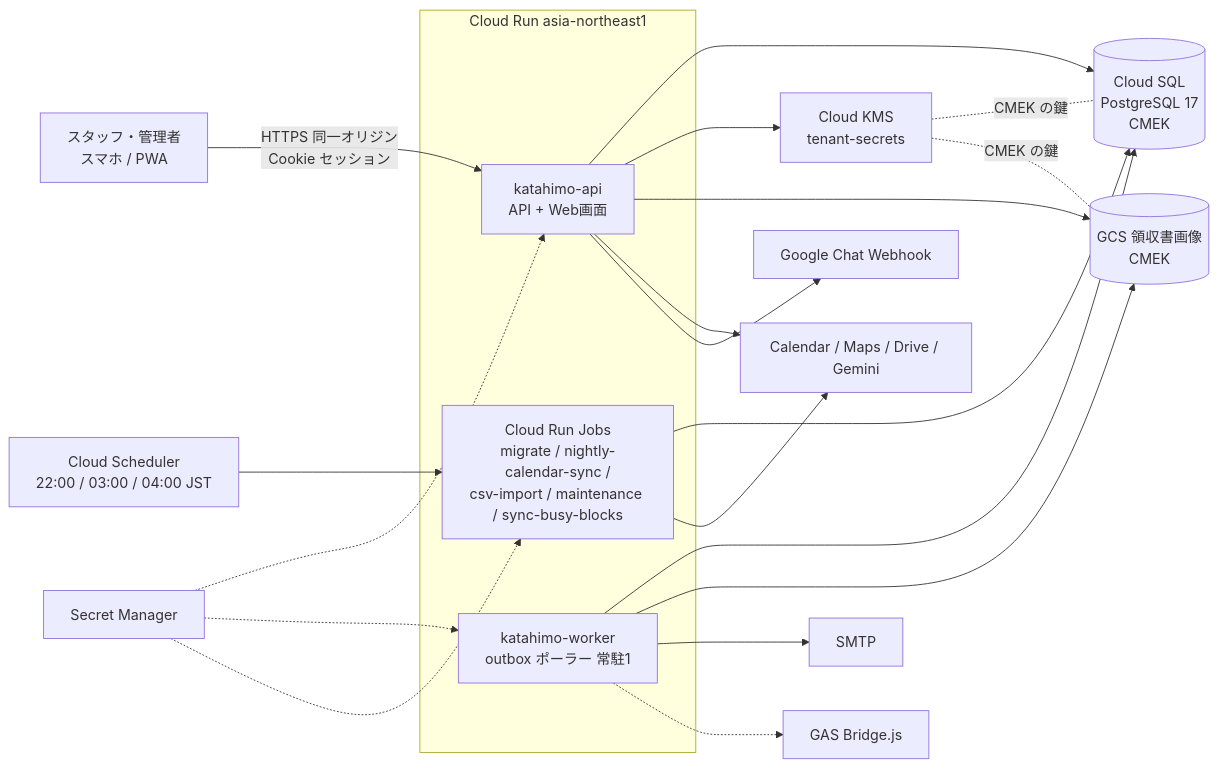
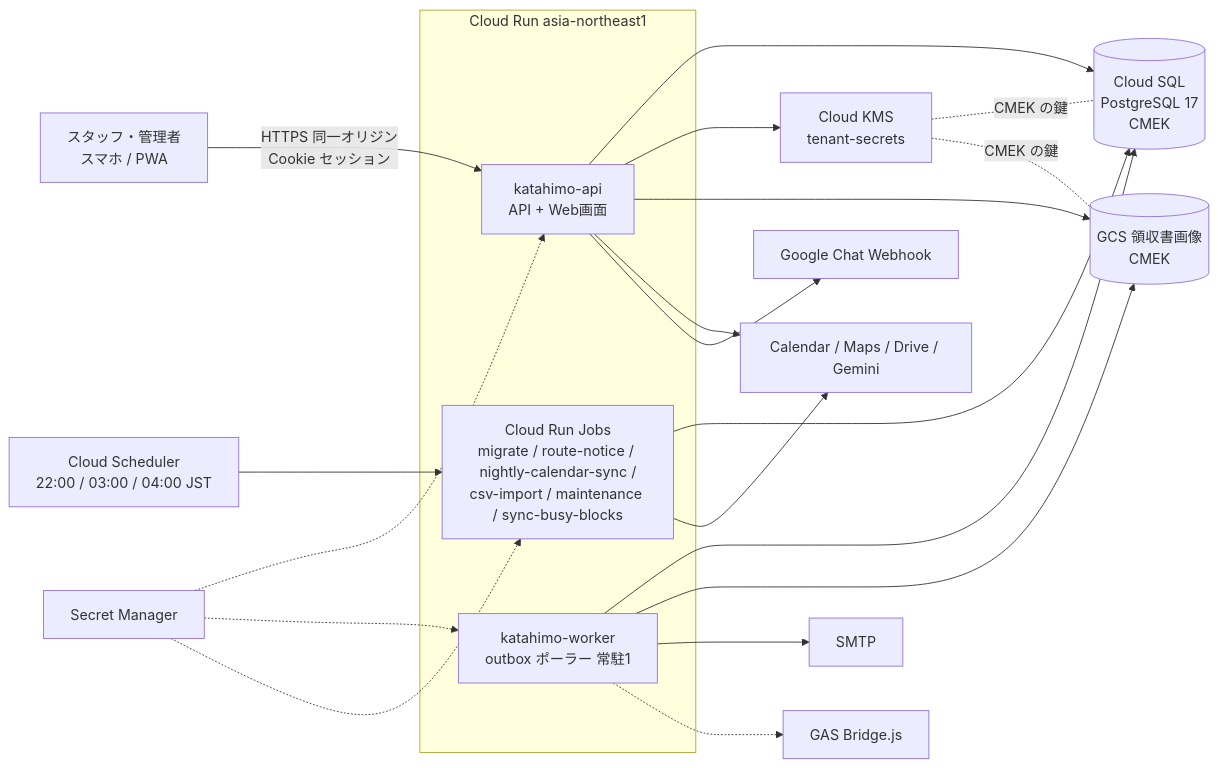
One commit to katahimo-dev/katahimo-app changed the fourth of 5 diagrams in doc/01_システム概要.md. Above: the diagram before and after it, drawn with Mermaid. The commit also changed other lines of this file and 10 other files, not shown here.

````diff
--- a/doc/01_システム概要.md
+++ b/doc/01_システム概要.md
@@ -149,20 +149,20 @@
 ```mermaid
 flowchart LR
   user[スタッフ・管理者<br/>スマホ / PWA] -->|HTTPS 同一オリジン<br/>Cookie セッション| api
   subgraph run[Cloud Run asia-northeast1]
     api[katahimo-api<br/>API + Web画面]
     worker[katahimo-worker<br/>outbox ポーラー 常駐1]
-    jobs[Cloud Run Jobs<br/>migrate / nightly-calendar-sync /<br/>csv-import / maintenance / sync-busy-blocks]
+    jobs[Cloud Run Jobs<br/>migrate / route-notice / nightly-calendar-sync /<br/>csv-import / maintenance / sync-busy-blocks]
   end
   sched[Cloud Scheduler<br/>22:00 / 03:00 / 04:00 JST] --> jobs
   api & worker & jobs --> sql[(Cloud SQL<br/>PostgreSQL 17<br/>CMEK)]
   api --> kms[Cloud KMS<br/>tenant-secrets]
   kms -.-|CMEK の鍵| sql & gcs
   sm[Secret Manager] -.-> api & worker & jobs
   api --> gcs[(GCS 領収書画像<br/>CMEK)]
   worker --> gcs
   api & jobs --> google[Calendar / Maps / Drive / Gemini]
   api --> chat[Google Chat Webhook]
   worker --> smtp[SMTP]
   worker -.-> bridge[GAS Bridge.js]
 ```
````
